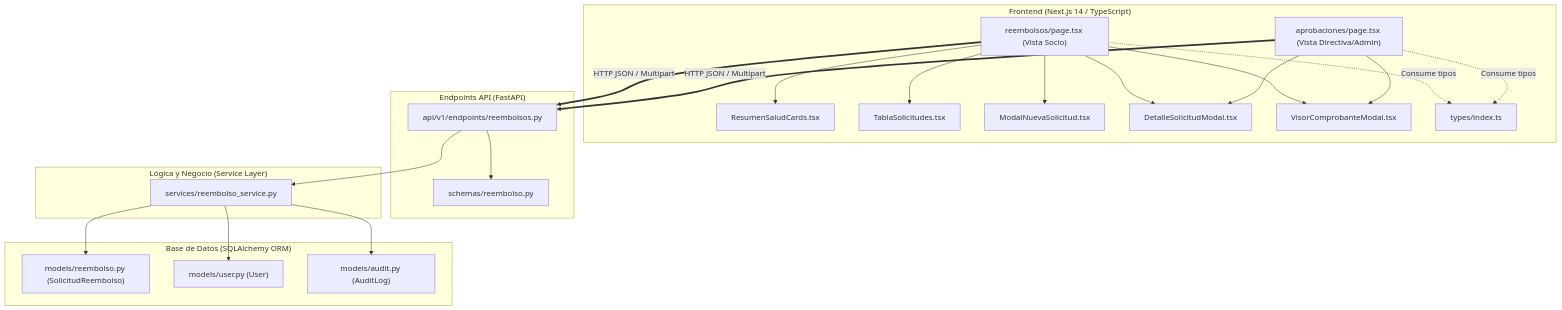
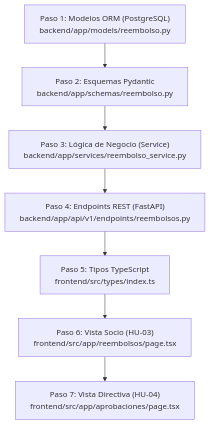
One commit to Matias-Trujillo/bienestar-app changed the first of 2 diagrams in docs/documento-lectura-2-modulo-reembolsos.md. Above: the diagram before and after it, drawn with Mermaid. The commit also changed other lines of this file and 7 other files, not shown here.

````diff
--- a/docs/documento-lectura-2-modulo-reembolsos.md
+++ b/docs/documento-lectura-2-modulo-reembolsos.md
@@ -11,36 +33,9 @@
 ```mermaid
-graph TD
-    subgraph Frontend ["Frontend (Next.js 14 / TypeScript)"]
-        UI_Socio["reembolsos/page.tsx (Vista Socio)"]
-        UI_Admin["aprobaciones/page.tsx (Vista Directiva/Admin)"]
-        Cards["ResumenSaludCards.tsx"]
-        Table["TablaSolicitudes.tsx"]
-        ModalNew["ModalNuevaSolicitud.tsx"]
-        ModalDet["DetalleSolicitudModal.tsx"]
-        ModalVisor["VisorComprobanteModal.tsx"]
-        Types["types/index.ts"]
-    end
-
-    subgraph API ["Endpoints API (FastAPI)"]
-        Router["api/v1/endpoints/reembolsos.py"]
-        Schemas["schemas/reembolso.py"]
-    end
-
-    subgraph Core ["Lógica y Negocio (Service Layer)"]
-        Service["services/reembolso_service.py"]
-    end
-
-    subgraph DB ["Base de Datos (SQLAlchemy ORM)"]
-        ModelReembolso["models/reembolso.py (SolicitudReembolso)"]
-        ModelUser["models/user.py (User)"]
-        ModelAudit["models/audit.py (AuditLog)"]
-    end
-
-    UI_Socio --> Cards & Table & ModalNew & ModalDet & ModalVisor
-    UI_Admin --> ModalDet & ModalVisor
-    UI_Socio & UI_Admin -. Consume tipos .-> Types
-    UI_Socio & UI_Admin ==>|HTTP JSON / Multipart| Router
-    Router --> Schemas
-    Router --> Service
-    Service --> ModelReembolso & ModelUser & ModelAudit
+flowchart TD
+    P1["Paso 1: Modelos ORM (PostgreSQL)<br>backend/app/models/reembolso.py"] --> P2["Paso 2: Esquemas Pydantic<br>backend/app/schemas/reembolso.py"]
+    P2 --> P3["Paso 3: Lógica de Negocio (Service)<br>backend/app/services/reembolso_service.py"]
+    P3 --> P4["Paso 4: Endpoints REST (FastAPI)<br>backend/app/api/v1/endpoints/reembolsos.py"]
+    P4 --> P5["Paso 5: Tipos TypeScript<br>frontend/src/types/index.ts"]
+    P5 --> P6["Paso 6: Vista Socio (HU-03)<br>frontend/src/app/reembolsos/page.tsx"]
+    P6 --> P7["Paso 7: Vista Directiva (HU-04)<br>frontend/src/app/aprobaciones/page.tsx"]
 ```
````
